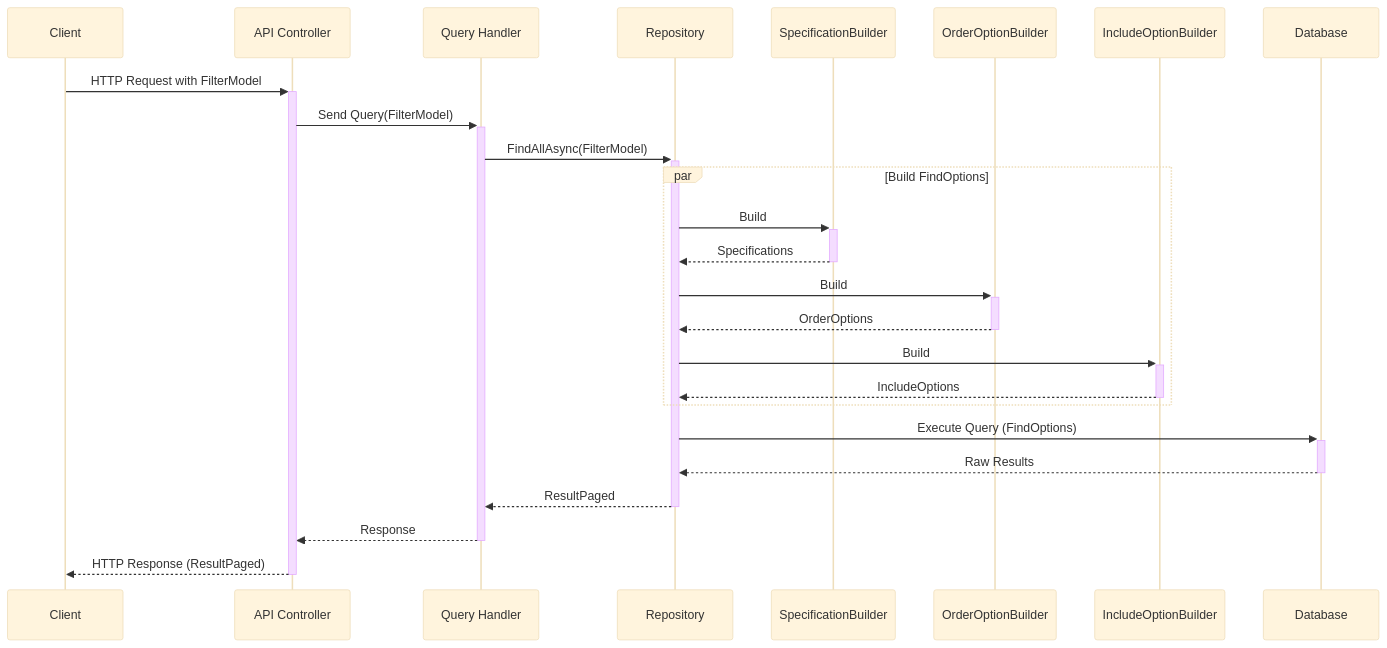
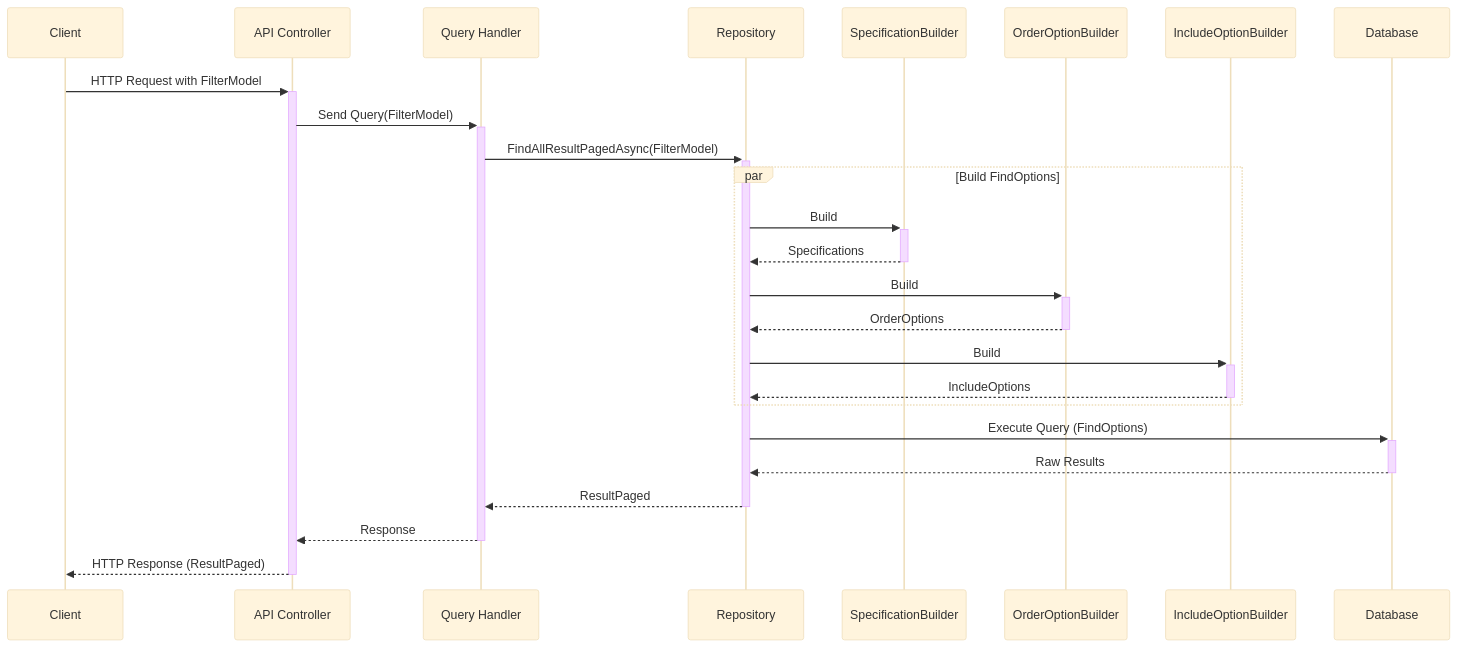
One commit to BridgingIT-GmbH/bITdevKit changed the second of 3 diagrams in docs/features-filtering.md. Above: the diagram before and after it, drawn with Mermaid (base theme). The commit also changed other lines of this file and 62 other files, not shown here.

````diff
--- a/docs/features-filtering.md
+++ b/docs/features-filtering.md
@@ -94,30 +144,30 @@
 ```mermaid
 sequenceDiagram
     participant C as Client
     participant A as API Controller
     participant H as Query Handler
     participant R as Repository
     participant S as SpecificationBuilder
     participant O as OrderOptionBuilder
     participant I as IncludeOptionBuilder
     participant D as Database
 
     C->>+A: HTTP Request with FilterModel
     A->>+H: Send Query(FilterModel)
-    H->>+R: FindAllAsync(FilterModel)
+    H->>+R: FindAllResultPagedAsync(FilterModel)
 
     par Build FindOptions
         R->>+S: Build
         S-->>-R: Specifications
         R->>+O: Build
         O-->>-R: OrderOptions
         R->>+I: Build
         I-->>-R: IncludeOptions
     end
 
     R->>+D: Execute Query (FindOptions)
     D-->>-R: Raw Results
     R-->>-H: ResultPaged
     H-->>-A: Response
     A-->>-C: HTTP Response (ResultPaged)
 ```
````
